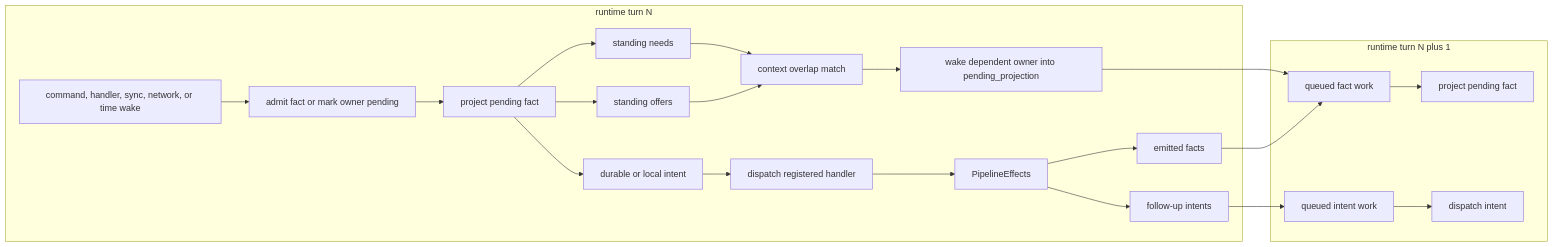
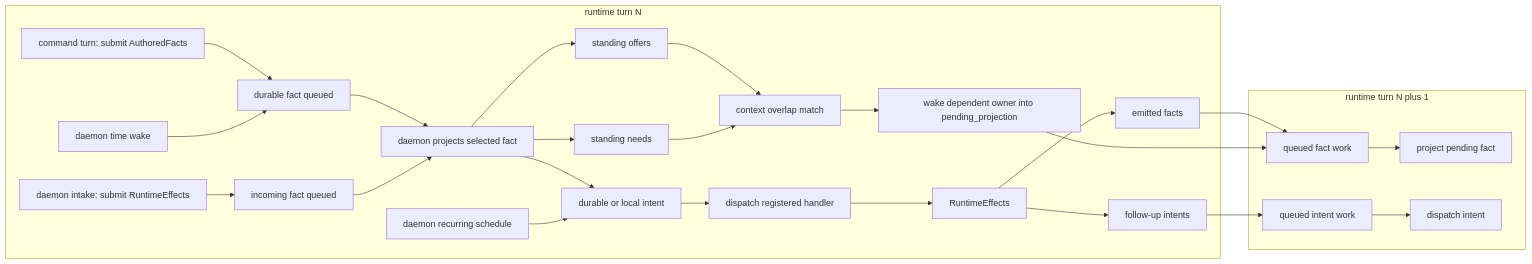
Before and after one commit to holmesworcester/poc-10: the third of 5 diagrams in ARCHITECTURE_DIAGRAMS_ALT.md, drawn with Mermaid. The commit also changed other lines of this file and 2 other files, not shown here.

Commit message:
Update runtime architecture diagrams

````diff
--- a/ARCHITECTURE_DIAGRAMS_ALT.md
+++ b/ARCHITECTURE_DIAGRAMS_ALT.md
@@ -74,27 +88,31 @@
 ```mermaid
 %%{init: {"flowchart": {"wrappingWidth": 300}} }%%
 flowchart LR
     subgraph TURN_ONE["runtime turn N"]
-        SOURCE["command, handler, sync, network, or time wake"] --> FACT["admit fact or mark owner pending"]
-        FACT --> PROJECT["project pending fact"]
+        COMMAND["command turn: submit AuthoredFacts"] --> QUEUED_FACT["durable fact queued"]
+        INTAKE["daemon intake: submit RuntimeEffects"] --> INCOMING_FACT["incoming fact queued"]
+        TIME["daemon time wake"] --> QUEUED_FACT
+        QUEUED_FACT --> PROJECT["daemon projects selected fact"]
+        INCOMING_FACT --> PROJECT
         PROJECT --> NEEDS["standing needs"]
         PROJECT --> OFFERS["standing offers"]
         OFFERS --> MATCH["context overlap match"]
         NEEDS --> MATCH
         MATCH --> WAKE["wake dependent owner into pending_projection"]
         PROJECT --> INTENT["durable or local intent"]
+        RECUR["daemon recurring schedule"] --> INTENT
         INTENT --> HANDLER["dispatch registered handler"]
-        HANDLER --> EFFECTS["PipelineEffects"]
+        HANDLER --> EFFECTS["RuntimeEffects"]
         EFFECTS --> EMITTED_FACTS["emitted facts"]
         EFFECTS --> FOLLOWUPS["follow-up intents"]
     end
 
     EMITTED_FACTS --> QUEUED_FACTS["queued fact work"]
     FOLLOWUPS --> QUEUED_INTENTS["queued intent work"]
     WAKE --> QUEUED_FACTS
 
     subgraph TURN_TWO["runtime turn N plus 1"]
         QUEUED_FACTS --> PROJECT_AGAIN["project pending fact"]
         QUEUED_INTENTS --> HANDLER_AGAIN["dispatch intent"]
     end
 ```
````
